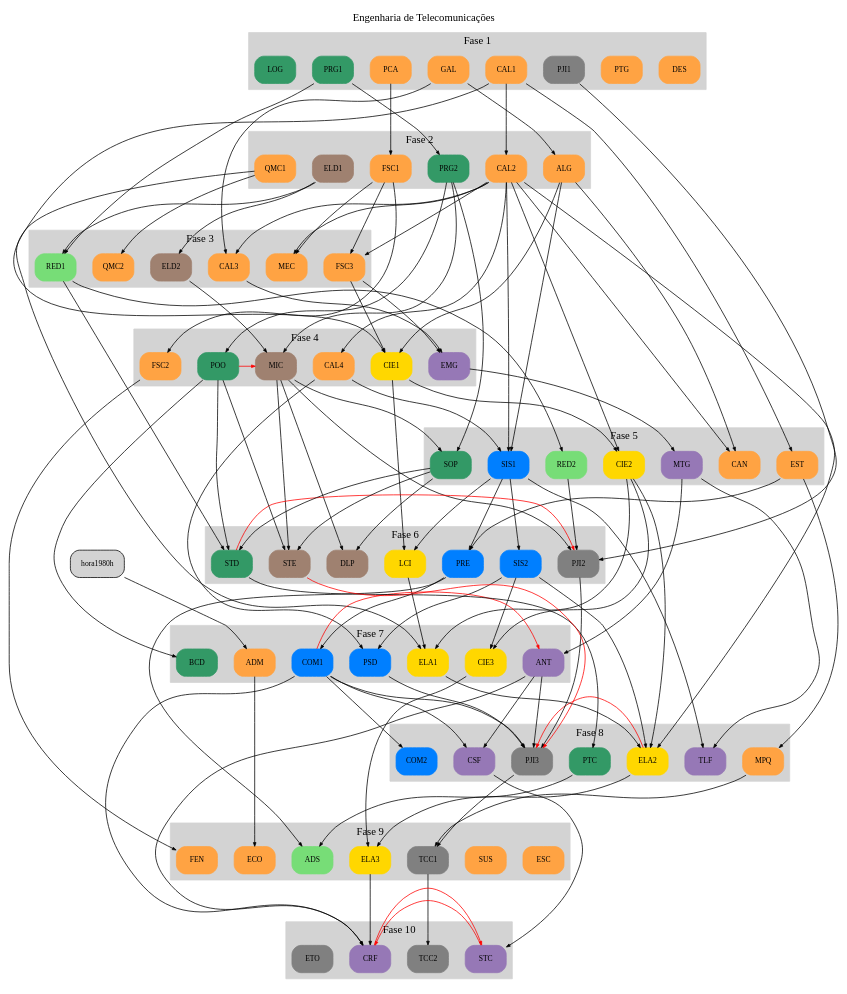
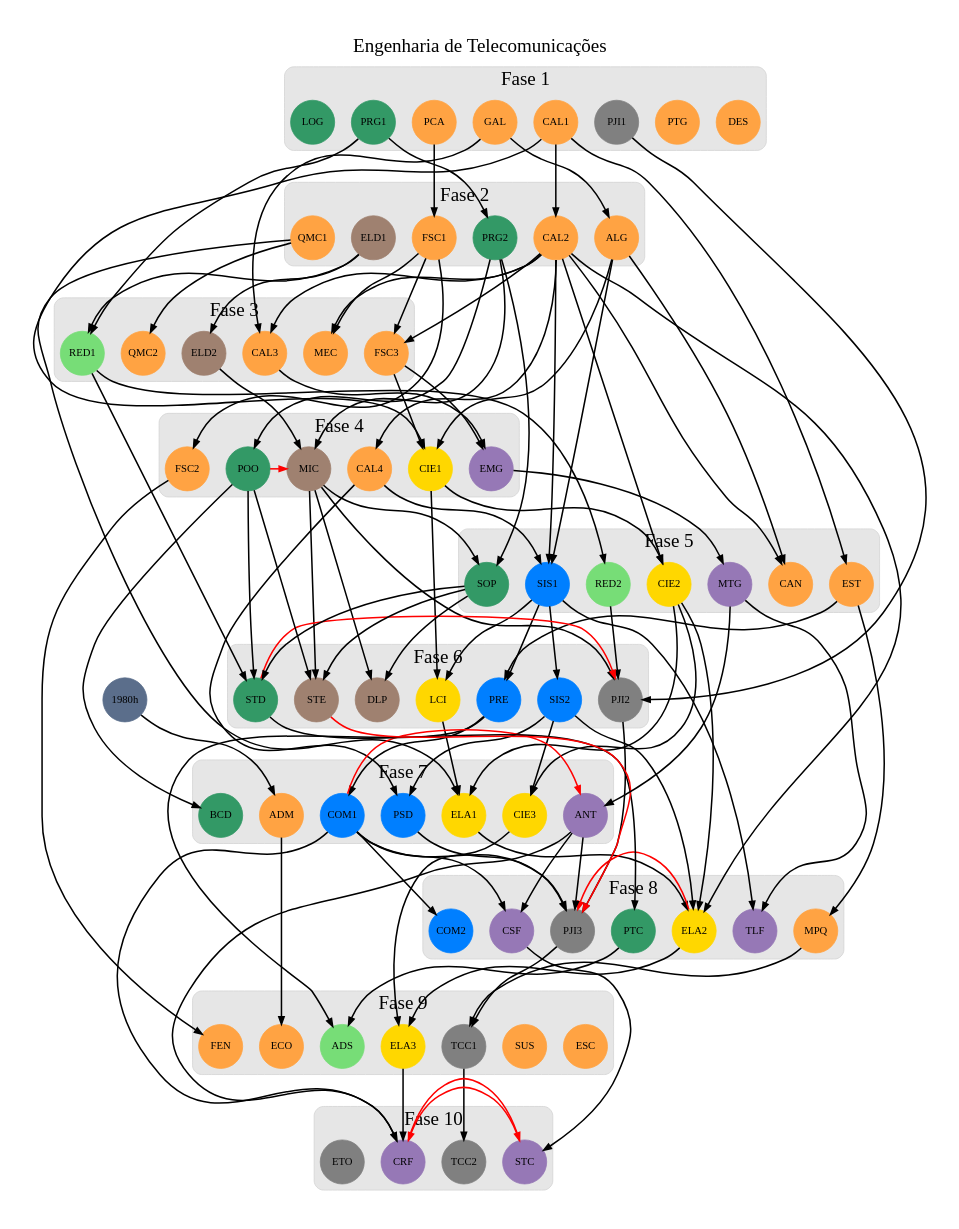
One commit to mmoecke/grade-dot-engtelecom changed the diagram in engtelecom.dot. Above: the diagram before and after it, drawn with Graphviz.

Commit message:
ajustes de cores

```diff
--- a/engtelecom.dot
+++ b/engtelecom.dot
@@ -2,15 +2,21 @@
     layout = dot  // circo, dot, fdp, neato, osage, sfdp, twopi
     label ="Engenharia de Telecomunicações"
     labelloc = t
-    graph [nodesep=0.3, ranksep=1.3]#, splines=lines] # ortho
-    node [labelloc=c fontsize=10, style=filled, shape=box, style="rounded,filled"]
-    edge [arrowsize=.5]
-
+    // graph [nodesep=0.3, ranksep=1.3]#, splines=ortho]#, splines=lines] # ortho
+    // node [labelloc=c fontsize=10, style=filled, shape=box, style="rounded,filled"]
+    // edge [arrowsize=.5]
+   
+    // bgcolor="#2e3e56"
+	  pad="0.5" /* add padding round the edge of the graph */
+    graph [nodesep=0.3, ranksep=1.3, fontname="helvetica Neue Ultra Light", fontcolor="#000000" fontsize=25]
+    node [shape="circle", width=".8", style="filled", labelloc=c, fontname="helvetica Neue Ultra Light bold"fixedsize=true]
+    // edge [color="#fcfcfc", penwidth="2", fontname="helvetica Neue Ultra Light"]
+    edge [color="#000000", penwidth="2", fontname="helvetica Neue Ultra Light"]
 
     // Pré-requisitos
 
     // Eixo laranja
-    {"hora1980h"} -> ADM
+    {"horas1980"} -> ADM
     {} -> DES
     {} -> ESC
     {} -> PTG
@@ -105,7 +111,9 @@
 
     subgraph cluster_fase1 {
       label = "Fase 1"
-      style = filled
+      // style = filled
+      style="rounded"
+      bgcolor= "#e6e6e6" #"#5b6e8b"
       color = lightgrey
 
       PCA CAL1 PRG1 LOG PTG PJI1 GAL DES
@@ -114,7 +122,9 @@
 
     subgraph cluster_fase2 {
       label = "Fase 2"
-      style = filled
+      style="rounded"
+      bgcolor="#e6e6e6"
+      // style = filled
       color = lightgrey
 
       CAL2 FSC1 ALG ELD1 PRG2 QMC1 
@@ -122,7 +132,9 @@
 
     subgraph clusterFase3 {
       label = "Fase 3"
-      style = filled
+      style="rounded"
+      bgcolor="#e6e6e6"
+      // style = filled
       color = lightgrey
 
       CAL3 ELD2 FSC3 QMC2 RED1 MEC   
@@ -130,7 +142,9 @@
 
     subgraph clusterFase4 {
       label = "Fase 4"
-      style=filled
+      style="rounded"
+      bgcolor="#e6e6e6"
+      // style=filled
       color=lightgrey
 
       CIE1 POO CAL4 EMG FSC2 MIC 
@@ -138,7 +152,9 @@
 
     subgraph cluster_fase5 {
       label = "Fase 5"
-      style=filled
+      style="rounded"
+      bgcolor="#e6e6e6"
+      // style=filled
       color=lightgrey
 
       SIS1 CIE2 SOP MTG CAN EST RED2 
@@ -147,7 +163,9 @@
 
     subgraph cluster_fase6 {
       label = "Fase 6"
-      style=filled
+      style="rounded"
+      bgcolor="#e6e6e6"
+      // style=filled
       color=lightgrey
 
       SIS2 LCI PJI2 STD STE PRE DLP
@@ -155,7 +173,9 @@
 
     subgraph cluster_fase7 {
       label = "Fase 7"
-      style=filled
+      style="rounded"
+      bgcolor="#e6e6e6"
+      // style=filled
       color=lightgrey
 
       ELA1 ANT CIE3 PSD COM1 BCD ADM
@@ -163,7 +183,9 @@
 
     subgraph cluster_fase8 {
       label = "Fase 8"
-      style=filled
+      style="rounded"
+      bgcolor="#e6e6e6"
+      // style=filled
       color=lightgrey
 
       COM2 ELA2 CSF PTC PJI3 MPQ TLF
@@ -171,7 +193,9 @@
 
     subgraph cluster_fase9 {
       label = "Fase 9"
-      style=filled
+      style="rounded"
+      bgcolor="#e6e6e6"
+      // style=filled
       color=lightgrey
 
       ADS  TCC1 ELA3 TLF FEN SUS ECO ESC
@@ -179,7 +203,9 @@
 
     subgraph cluster_fase10 {
       label = "Fase 10"
-      style=filled
+      style="rounded"
+      bgcolor="#e6e6e6"
+      // style=filled
       color=lightgrey
 
       TCC2 ETO CRF STC
@@ -192,8 +218,8 @@
 
     // propriedades dos nós
 
+    horas1980 [label="1980h", color="#5b6e8b", id="1980h"]
 
-    hora1980h [id="1980h"]
     ADM [ch=40, color="#FFA343", id=ADM] # TODO pré-requisito 1980h
     ALG [ch=60, color="#FFA343", id=ALG]
     CAL1 [ch=80, color="#FFA343", id=CAL1]
```
